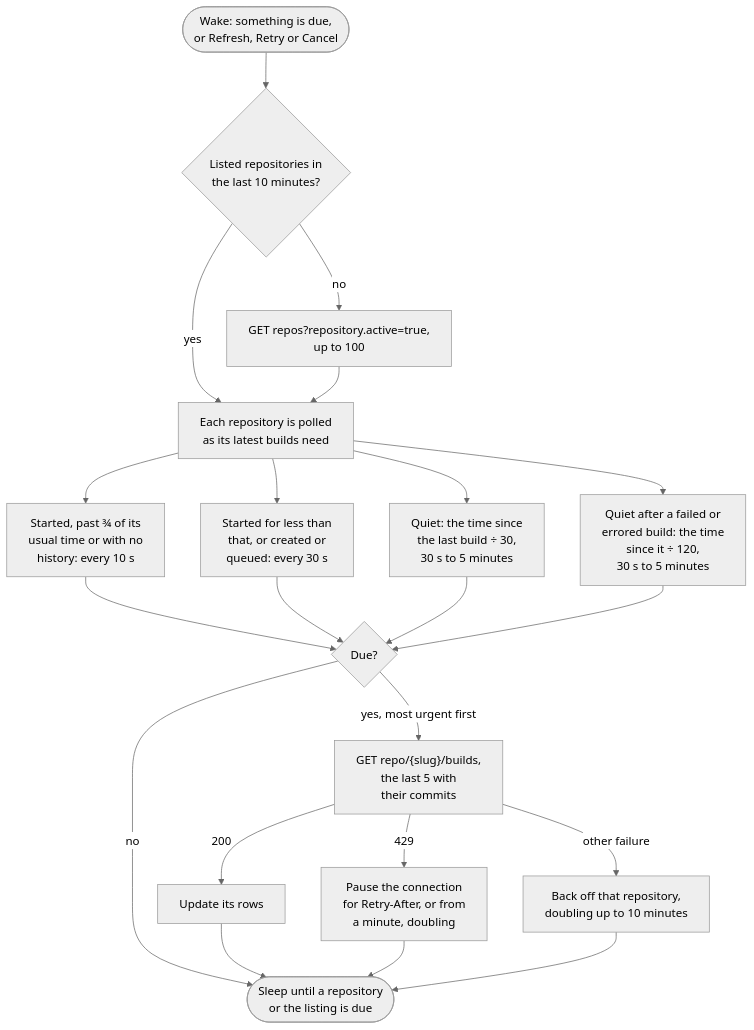
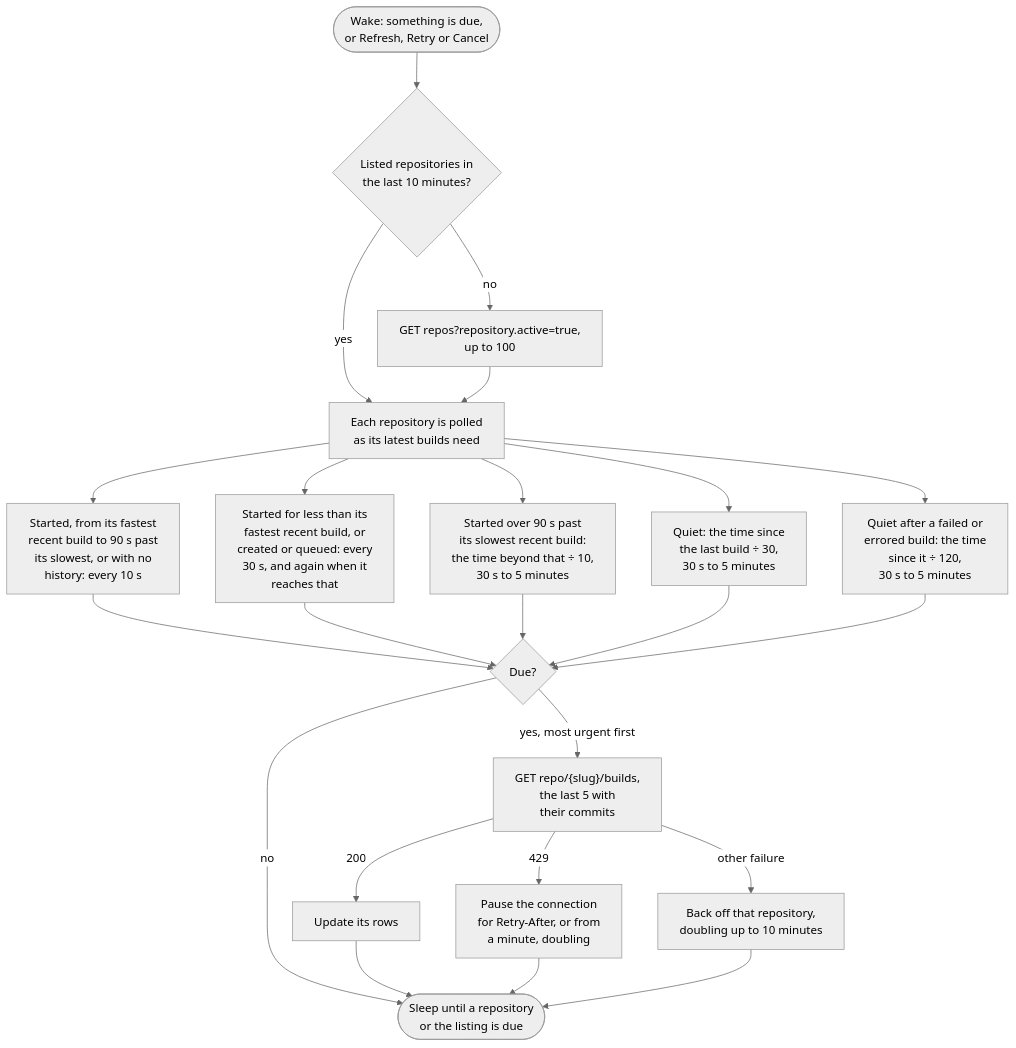
Before and after one commit to SimonCropp/BuildMonitor: the diagram in docs/mdsource/providers/travis.source.md, drawn with Mermaid (neutral theme). The commit also changed 30 other files, not shown here.

First line of the commit message:
Aim the running interval at when a build is expected to finish

````diff
--- a/docs/mdsource/providers/travis.source.md
+++ b/docs/mdsource/providers/travis.source.md
@@ -32,28 +32,30 @@
 ```mermaid
 ---
 config:
   flowchart:
     wrappingWidth: 400
 ---
 flowchart TD
     wake(["Wake: something is due,<br/>or Refresh, Retry or Cancel"]) --> listed{"Listed repositories in<br/>the last 10 minutes?"}
     listed -- "no" --> discover["GET repos?repository.active=true,<br/>up to 100"]
     listed -- "yes" --> interval["Each repository is polled<br/>as its latest builds need"]
     discover --> interval
-    interval --> finishing["Started, past ¾ of its<br/>usual time or with no<br/>history: every 10 s"]
-    interval --> running["Started for less than<br/>that, or created or<br/>queued: every 30 s"]
+    interval --> finishing["Started, from its fastest<br/>recent build to 90 s past<br/>its slowest, or with no<br/>history: every 10 s"]
+    interval --> running["Started for less than its<br/>fastest recent build, or<br/>created or queued: every<br/>30 s, and again when it<br/>reaches that"]
+    interval --> overrun["Started over 90 s past<br/>its slowest recent build:<br/>the time beyond that ÷ 10,<br/>30 s to 5 minutes"]
     interval --> quiet["Quiet: the time since<br/>the last build ÷ 30,<br/>30 s to 5 minutes"]
     interval --> failed["Quiet after a failed or<br/>errored build: the time<br/>since it ÷ 120,<br/>30 s to 5 minutes"]
     finishing --> due{"Due?"}
     running --> due
+    overrun --> due
     quiet --> due
     failed --> due
     due -- "no" --> sleep(["Sleep until a repository<br/>or the listing is due"])
     due -- "yes, most urgent first" --> fetch["GET repo/{slug}/builds,<br/>the last 5 with<br/>their commits"]
     fetch -- "200" --> rows["Update its rows"]
     fetch -- "429" --> pause["Pause the connection<br/>for Retry-After, or from<br/>a minute, doubling"]
     fetch -- "other failure" --> backoff["Back off that repository,<br/>doubling up to 10 minutes"]
     rows --> sleep
     pause --> sleep
     backoff --> sleep
 ```
````
